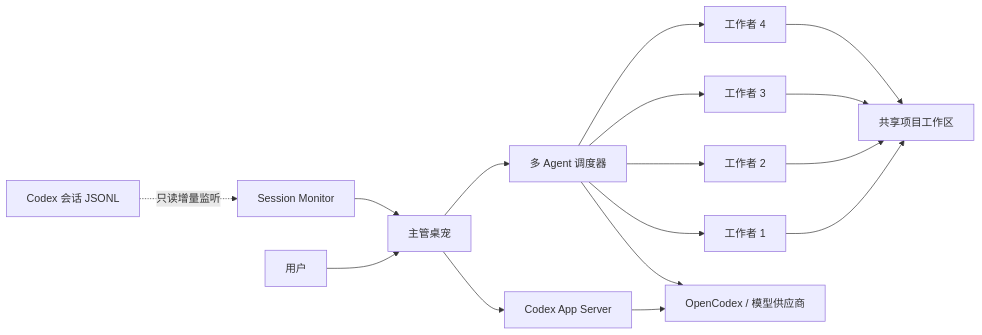
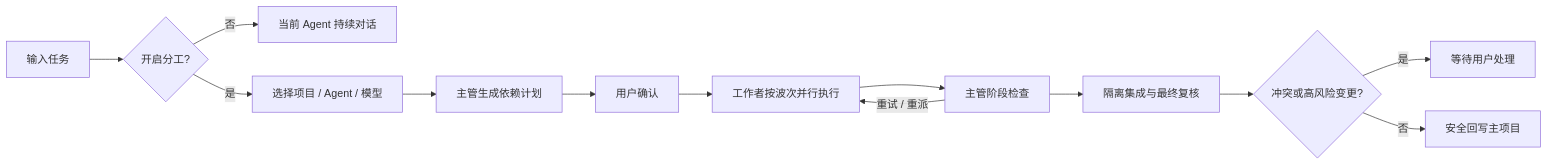
Before and after one commit to Gu-kai-lei/Open-Pet-Office: the diagram in README.md, drawn with Mermaid. The commit also changed other lines of this file and 15 other files, not shown here.

````diff
--- a/README.md
+++ b/README.md
@@ -211,14 +59,15 @@
 ```mermaid
 flowchart LR
-    U[用户] --> P[主管桌宠]
-    P --> A[Codex App Server]
-    P --> D[多 Agent 调度器]
-    D --> W1[工作者 1]
-    D --> W2[工作者 2]
-    D --> W3[工作者 3]
-    D --> W4[工作者 4]
-    W1 & W2 & W3 & W4 --> S[共享项目工作区]
-    C[Codex 会话 JSONL] -. 只读增量监听 .-> M[Session Monitor]
-    M --> P
-    A & D --> O[OpenCodex / 模型供应商]
+    A[输入任务] --> B{开启分工?}
+    B -- 否 --> C[当前 Agent 持续对话]
+    B -- 是 --> D[选择项目 / Agent / 模型]
+    D --> E[主管生成依赖计划]
+    E --> F[用户确认]
+    F --> G[工作者按波次并行执行]
+    G --> H[主管阶段检查]
+    H -->|重试 / 重派| G
+    H --> I[隔离集成与最终复核]
+    I --> J{冲突或高风险变更?}
+    J -- 是 --> K[等待用户处理]
+    J -- 否 --> L[安全回写主项目]
 ```
````
